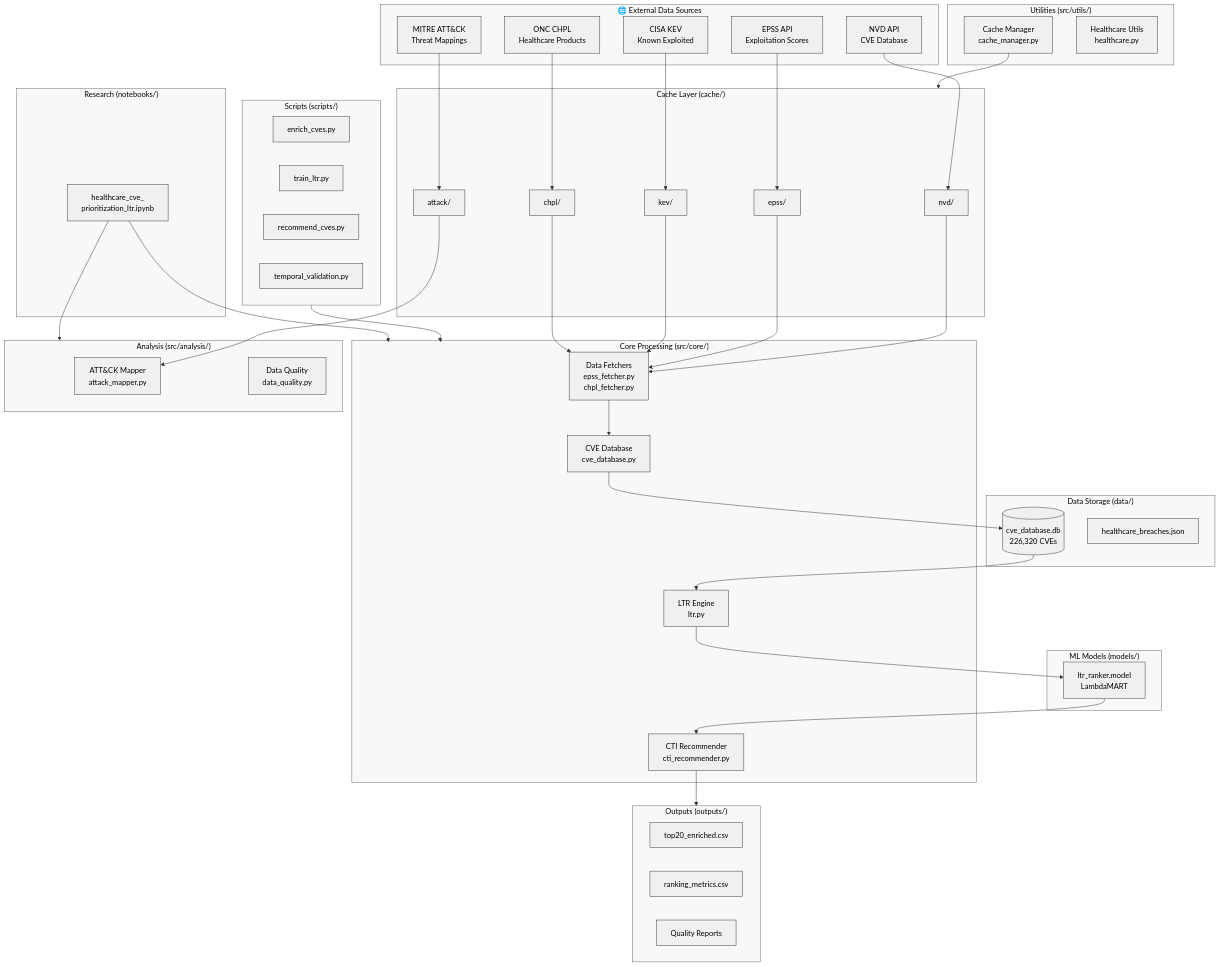
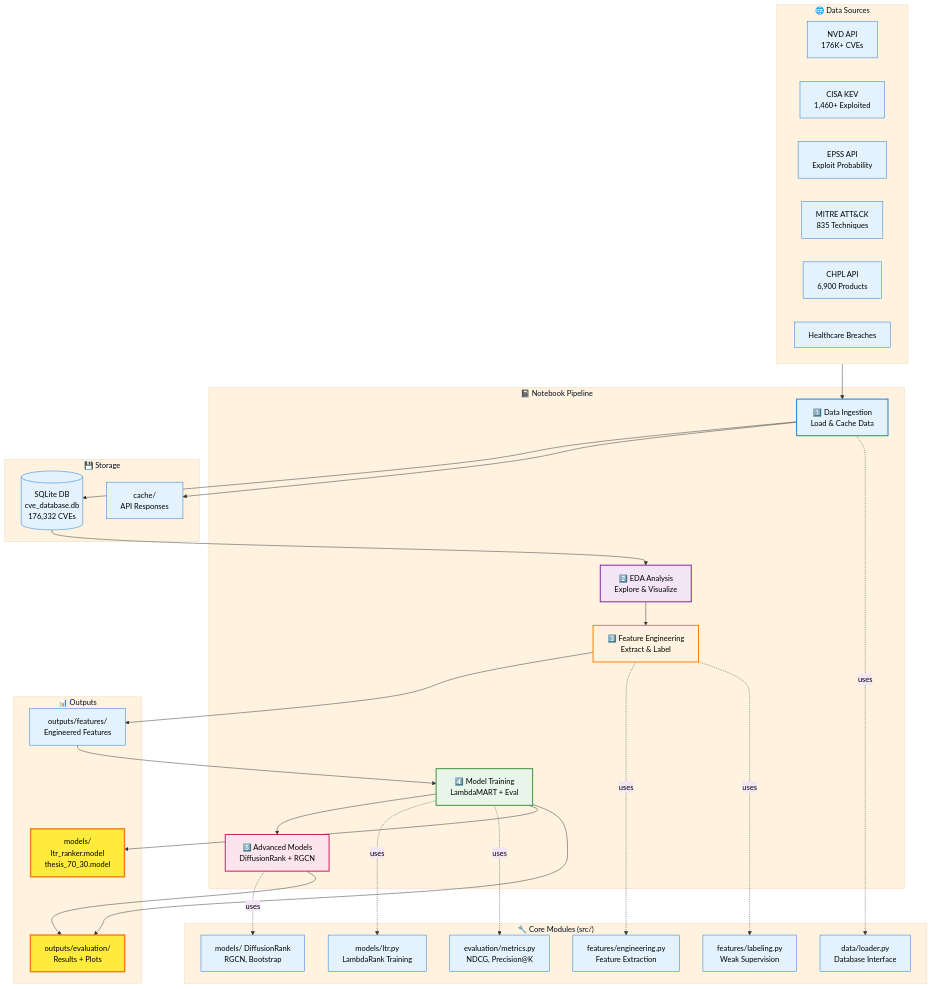
The diagram in cti_recommender/docs/diagrams/project_architecture.mmd (er-vinay-india/healthcare-vuln-prioritization-ltr), drawn with Mermaid before and after one commit. The commit also changed 11 other files, not shown here.

Commit message:
docs: Update architecture documentation and clean up unused files

```diff
--- a/cti_recommender/docs/diagrams/project_architecture.mmd
+++ b/cti_recommender/docs/diagrams/project_architecture.mmd
@@ -1,86 +1,67 @@
-%%{init: {'theme': 'base', 'themeVariables': { 'primaryColor': '#e8e8e8', 'primaryTextColor': '#000000', 'primaryBorderColor': '#333333', 'secondaryColor': '#f5f5f5', 'secondaryTextColor': '#000000', 'tertiaryColor': '#ffffff', 'tertiaryTextColor': '#000000', 'lineColor': '#333333', 'textColor': '#000000', 'background': '#ffffff', 'mainBkg': '#f0f0f0', 'nodeBorder': '#333333', 'clusterBkg': '#f8f8f8', 'clusterBorder': '#666666', 'titleColor': '#000000'}}}%%
+%%{init: {'theme': 'base', 'themeVariables': { 'primaryColor': '#e3f2fd', 'primaryTextColor': '#000000', 'primaryBorderColor': '#1976d2', 'secondaryColor': '#f3e5f5', 'secondaryTextColor': '#000000', 'tertiaryColor': '#fff3e0', 'lineColor': '#333333', 'textColor': '#000000', 'background': '#ffffff'}}}%%
 flowchart TB
-    subgraph External["🌐 External Data Sources"]
-        NVD["NVD API<br/>CVE Database"]
-        EPSS["EPSS API<br/>Exploitation Scores"]
-        KEV["CISA KEV<br/>Known Exploited"]
-        ATTACK["MITRE ATT&CK<br/>Threat Mappings"]
-        CHPL["ONC CHPL<br/>Healthcare Products"]
+    subgraph External["🌐 Data Sources"]
+        NVD[NVD API<br/>176K+ CVEs]
+        KEV[CISA KEV<br/>1,460+ Exploited]
+        EPSS[EPSS API<br/>Exploit Probability]
+        ATTACK[MITRE ATT&CK<br/>835 Techniques]
+        CHPL[CHPL API<br/>6,900 Products]
+        BREACH[Healthcare Breaches]
     end
-
-    subgraph Cache["Cache Layer (cache/)"]
-        NVD_C["nvd/"]
-        EPSS_C["epss/"]
-        KEV_C["kev/"]
-        ATTACK_C["attack/"]
-        CHPL_C["chpl/"]
+    
+    subgraph Notebooks["📓 Notebook Pipeline"]
+        N1[1️⃣ Data Ingestion<br/>Load & Cache Data]
+        N2[2️⃣ EDA Analysis<br/>Explore & Visualize]
+        N3[3️⃣ Feature Engineering<br/>Extract & Label]
+        N4[4️⃣ Model Training<br/>LambdaMART + Eval]
+        N5[5️⃣ Advanced Models<br/>DiffusionRank + RGCN]
     end
-
-    subgraph Core["Core Processing (src/core/)"]
-        FETCHER["Data Fetchers<br/>epss_fetcher.py<br/>chpl_fetcher.py"]
-        DB["CVE Database<br/>cve_database.py"]
-        LTR["LTR Engine<br/>ltr.py"]
-        RECOMMENDER["CTI Recommender<br/>cti_recommender.py"]
+    
+    subgraph Core["🔧 Core Modules (src/)"]
+        LOADER[data/loader.py<br/>Database Interface]
+        FEATURES[features/engineering.py<br/>Feature Extraction]
+        LABELING[features/labeling.py<br/>Weak Supervision]
+        LTR[models/ltr.py<br/>LambdaRank Training]
+        METRICS[evaluation/metrics.py<br/>NDCG, Precision@K]
+        ADVANCED[models/ DiffusionRank<br/>RGCN, Bootstrap]
     end
-
-    subgraph Analysis["Analysis (src/analysis/)"]
-        ATTACK_MAP["ATT&CK Mapper<br/>attack_mapper.py"]
-        QUALITY["Data Quality<br/>data_quality.py"]
+    
+    subgraph Storage["💾 Storage"]
+        DB[(SQLite DB<br/>cve_database.db<br/>176,332 CVEs)]
+        CACHE[cache/<br/>API Responses]
     end
-
-    subgraph Utils["Utilities (src/utils/)"]
-        CACHE_MGR["Cache Manager<br/>cache_manager.py"]
-        HEALTHCARE["Healthcare Utils<br/>healthcare.py"]
+    
+    subgraph Outputs["📊 Outputs"]
+        MODELS[models/<br/>ltr_ranker.model<br/>thesis_70_30.model]
+        RESULTS[outputs/evaluation/<br/>Results + Plots]
+        FEATURES_OUT[outputs/features/<br/>Engineered Features]
     end
-
-    subgraph Storage["Data Storage (data/)"]
-        SQLITE[("cve_database.db<br/>226,320 CVEs")]
-        BREACHES["healthcare_breaches.json"]
-    end
-
-    subgraph Models["ML Models (models/)"]
-        LTR_MODEL["ltr_ranker.model<br/>LambdaMART"]
-    end
-
-    subgraph Outputs["Outputs (outputs/)"]
-        TOP20["top20_enriched.csv"]
-        METRICS["ranking_metrics.csv"]
-        REPORTS["Quality Reports"]
-    end
-
-    subgraph Scripts["Scripts (scripts/)"]
-        ENRICH["enrich_cves.py"]
-        TRAIN["train_ltr.py"]
-        RECOMMEND["recommend_cves.py"]
-        VALIDATE["temporal_validation.py"]
-    end
-
-    subgraph Notebook["Research (notebooks/)"]
-        NB["healthcare_cve_<br/>prioritization_ltr.ipynb"]
-    end
-
-    %% Data Flow
-    NVD --> NVD_C
-    EPSS --> EPSS_C
-    KEV --> KEV_C
-    ATTACK --> ATTACK_C
-    CHPL --> CHPL_C
-
-    NVD_C --> FETCHER
-    EPSS_C --> FETCHER
-    KEV_C --> FETCHER
-    CHPL_C --> FETCHER
-    ATTACK_C --> ATTACK_MAP
-
-    FETCHER --> DB
-    DB --> SQLITE
-    CACHE_MGR --> Cache
-
-    SQLITE --> LTR
-    LTR --> LTR_MODEL
-    LTR_MODEL --> RECOMMENDER
-    RECOMMENDER --> Outputs
-
-    Scripts --> Core
-    NB --> Core
-    NB --> Analysis
+    
+    External --> N1
+    N1 --> DB
+    N1 --> CACHE
+    
+    DB --> N2
+    N2 --> N3
+    N3 --> FEATURES_OUT
+    FEATURES_OUT --> N4
+    N4 --> N5
+    
+    N1 -.uses.-> LOADER
+    N3 -.uses.-> FEATURES
+    N3 -.uses.-> LABELING
+    N4 -.uses.-> LTR
+    N4 -.uses.-> METRICS
+    N5 -.uses.-> ADVANCED
+    
+    N4 --> MODELS
+    N4 --> RESULTS
+    N5 --> RESULTS
+    
+    style N1 fill:#e3f2fd,stroke:#1976d2,stroke-width:2px
+    style N2 fill:#f3e5f5,stroke:#7b1fa2,stroke-width:2px
+    style N3 fill:#fff3e0,stroke:#f57c00,stroke-width:2px
+    style N4 fill:#e8f5e9,stroke:#388e3c,stroke-width:2px
+    style N5 fill:#fce4ec,stroke:#c2185b,stroke-width:2px
+    style MODELS fill:#ffeb3b,stroke:#f57f17,stroke-width:3px
+    style RESULTS fill:#ffeb3b,stroke:#f57f17,stroke-width:3px
```
